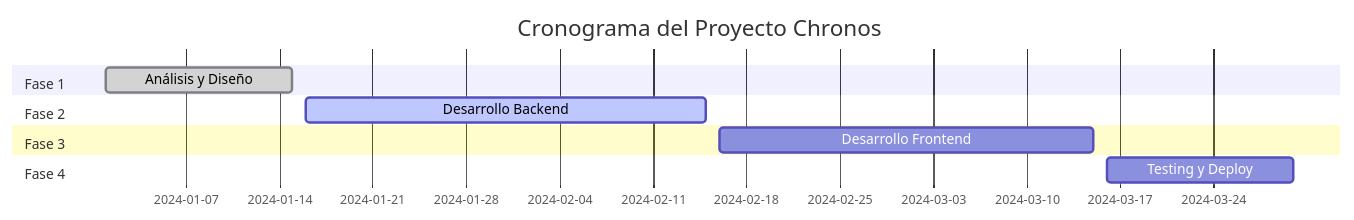
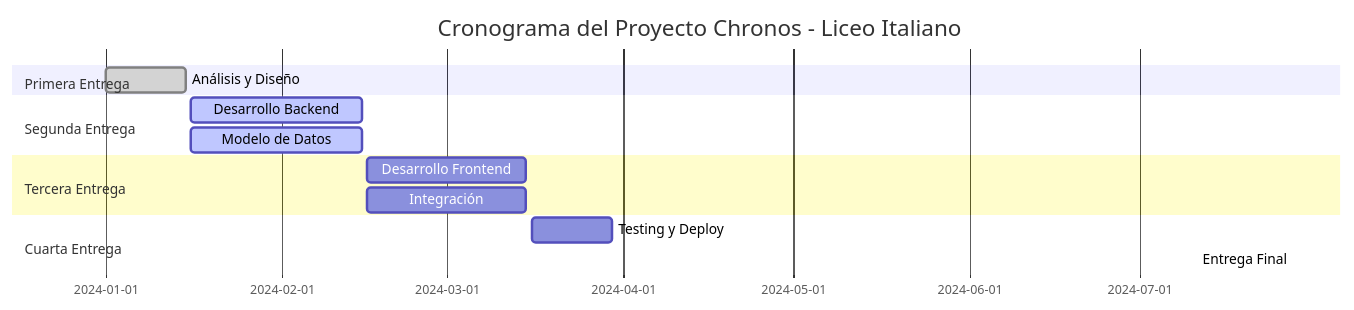
Before and after one commit to bocho8/chronos: the third of 6 diagrams in academic/segunda_entrega/INGENIERIA DE SOFTWARE/GESTION_PROYECTO.md, drawn with Mermaid. The commit also changed other lines of this file and 3 other files, not shown here.

````diff
--- a/academic/segunda_entrega/INGENIERIA DE SOFTWARE/GESTION_PROYECTO.md
+++ b/academic/segunda_entrega/INGENIERIA DE SOFTWARE/GESTION_PROYECTO.md
@@ -51,13 +60,16 @@
 ```mermaid
 gantt
-    title Cronograma del Proyecto Chronos
+    title Cronograma del Proyecto Chronos - Liceo Italiano
     dateFormat  YYYY-MM-DD
-    section Fase 1
+    section Primera Entrega
     Análisis y Diseño    :done, fase1, 2024-01-01, 2024-01-15
-    section Fase 2
+    section Segunda Entrega
     Desarrollo Backend   :active, fase2, 2024-01-16, 2024-02-15
-    section Fase 3
+    Modelo de Datos      :active, fase2b, 2024-01-16, 2024-02-15
+    section Tercera Entrega
     Desarrollo Frontend  :fase3, 2024-02-16, 2024-03-15
-    section Fase 4
+    Integración          :fase3b, 2024-02-16, 2024-03-15
+    section Cuarta Entrega
     Testing y Deploy     :fase4, 2024-03-16, 2024-03-30
+    Entrega Final        :fase5, 2024-07-28, 2024-07-28
 ```
````
